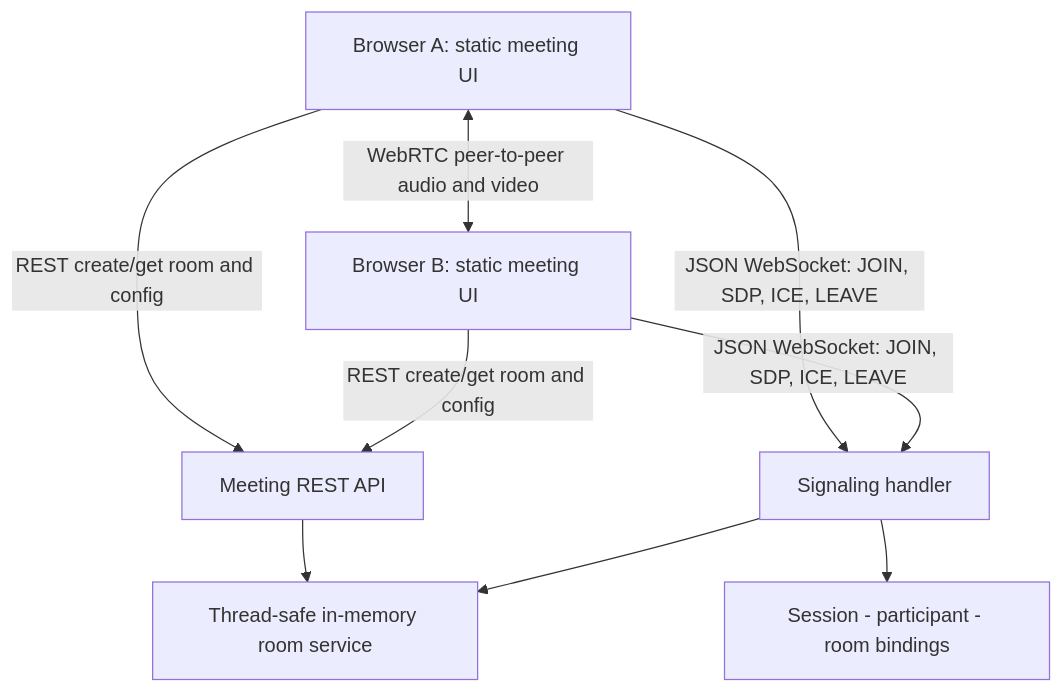
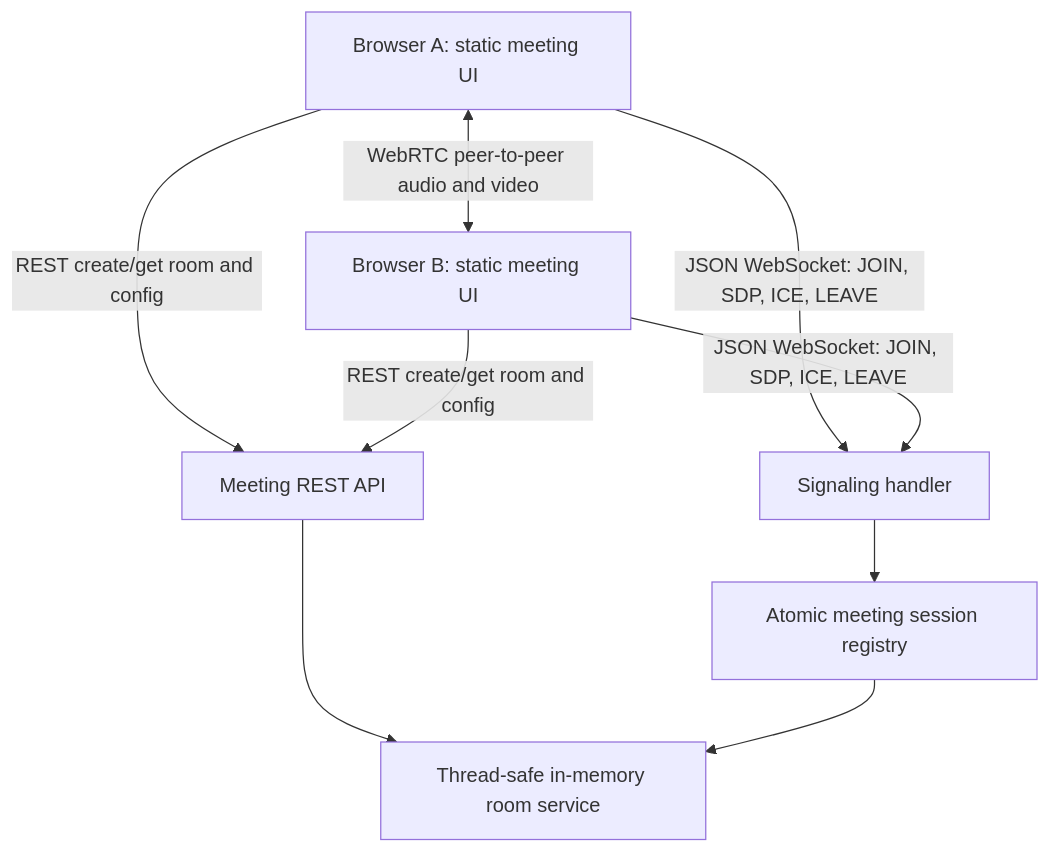
The first of 3 diagrams in docs/meeting-service.md (svirinagalina/advent-academy), drawn with Mermaid before and after one commit. The commit also changed other lines of this file and 26 other files, not shown here.

````diff
--- a/docs/meeting-service.md
+++ b/docs/meeting-service.md
@@ -28,11 +28,11 @@
 ```mermaid
 flowchart TD
     UI1["Browser A: static meeting UI"] -->|"REST create/get room and config"| API["Meeting REST API"]
     UI2["Browser B: static meeting UI"] -->|"REST create/get room and config"| API
     UI1 -->|"JSON WebSocket: JOIN, SDP, ICE, LEAVE"| WS["Signaling handler"]
     UI2 -->|"JSON WebSocket: JOIN, SDP, ICE, LEAVE"| WS
     API --> REG["Thread-safe in-memory room service"]
-    WS --> REG
-    WS --> MAP["Session - participant - room bindings"]
+    WS --> SESSION["Atomic meeting session registry"]
+    SESSION --> REG
     UI1 <-->|"WebRTC peer-to-peer audio and video"| UI2
 ```
````
